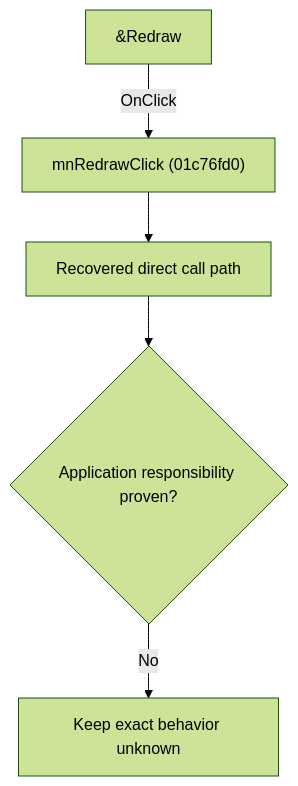
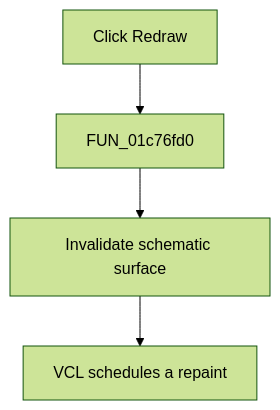
The diagram in docs/ui-controls/schematiceditor/mnredraw-68eb6f9122.md (MovGP0/TIARA), drawn with Mermaid (forest theme) before and after one commit. The commit also changed other lines of this file and 241 other files, not shown here.

````diff
--- a/docs/ui-controls/schematiceditor/mnredraw-68eb6f9122.md
+++ b/docs/ui-controls/schematiceditor/mnredraw-68eb6f9122.md
@@ -27,7 +27,6 @@
 ```mermaid
 flowchart TD
-    control["&Redraw"] -->|"OnClick"| handler["mnRedrawClick (01c76fd0)"]
-    handler --> recovered["Recovered direct call path"]
-    recovered --> gap{"Application responsibility proven?"}
-    gap -->|"No"| blocked["Keep exact behavior unknown"]
+    control["Click Redraw"] --> handler["FUN_01c76fd0"]
+    handler --> invalidate["Invalidate schematic surface"]
+    invalidate --> repaint["VCL schedules a repaint"]
 ```
````
